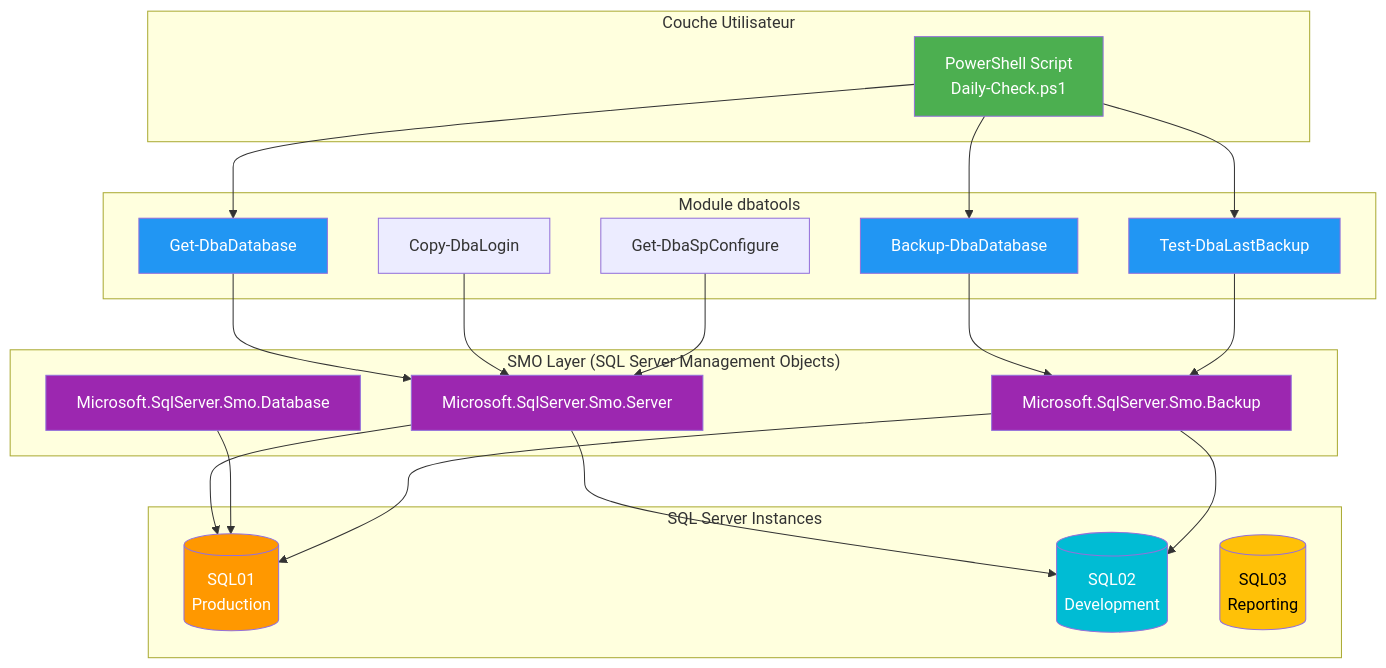
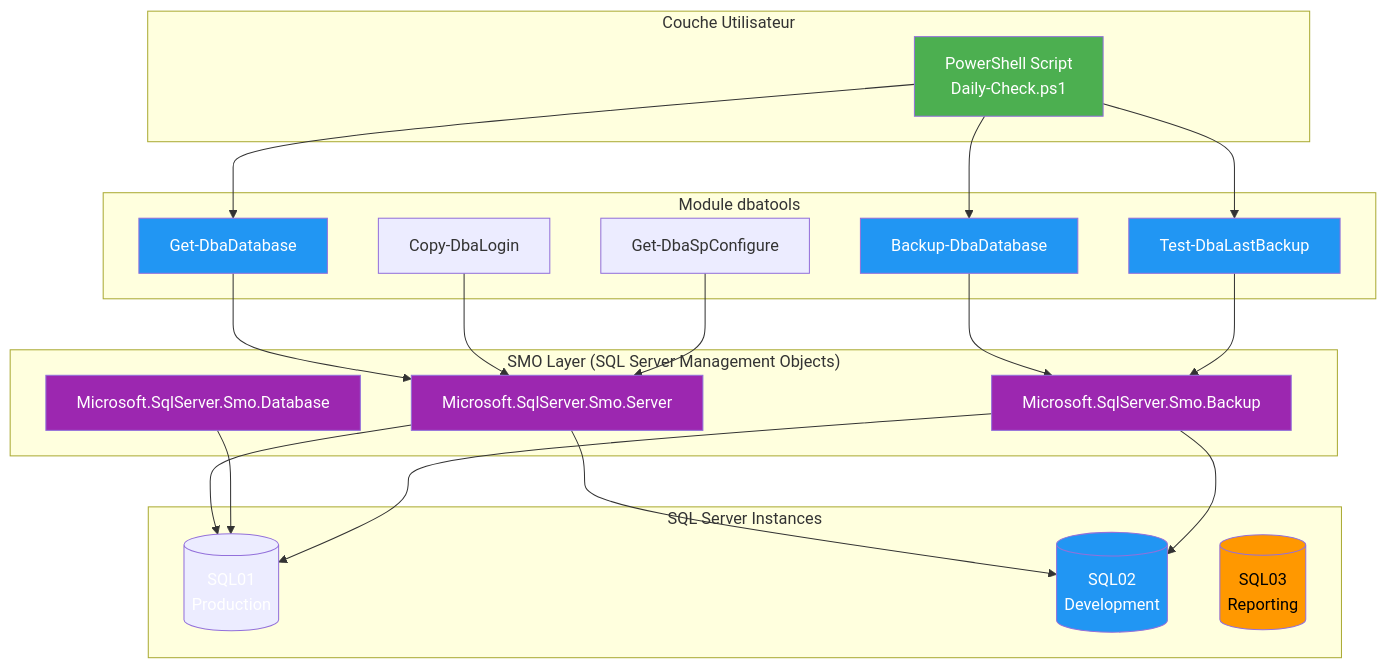
The diagram in docs/formations/sql-server/04-module.md (VBlackJack/ShellBook), drawn with Mermaid before and after one commit. The commit also changed other lines of this file and 337 other files, not shown here.

First line of the commit message:
refactor(docs): Standardize code blocks and Mermaid colors

````diff
--- a/docs/formations/sql-server/04-module.md
+++ b/docs/formations/sql-server/04-module.md
@@ -71,53 +71,53 @@
 ```mermaid
 graph TB
     subgraph "Couche Utilisateur"
         PS[PowerShell Script<br/>Daily-Check.ps1]
     end
 
     subgraph "Module dbatools"
         CMD1[Get-DbaDatabase]
         CMD2[Backup-DbaDatabase]
         CMD3[Test-DbaLastBackup]
         CMD4[Copy-DbaLogin]
         CMD5[Get-DbaSpConfigure]
     end
 
     subgraph "SMO Layer (SQL Server Management Objects)"
         SMO1[Microsoft.SqlServer.Smo.Server]
         SMO2[Microsoft.SqlServer.Smo.Database]
         SMO3[Microsoft.SqlServer.Smo.Backup]
     end
 
     subgraph "SQL Server Instances"
         SQL1[(SQL01<br/>Production)]
         SQL2[(SQL02<br/>Development)]
         SQL3[(SQL03<br/>Reporting)]
     end
 
     PS --> CMD1
     PS --> CMD2
     PS --> CMD3
 
     CMD1 --> SMO1
     CMD2 --> SMO3
     CMD3 --> SMO3
     CMD4 --> SMO1
     CMD5 --> SMO1
 
     SMO1 --> SQL1
     SMO1 --> SQL2
     SMO2 --> SQL1
     SMO3 --> SQL1
     SMO3 --> SQL2
 
     style PS fill:#4CAF50,color:#fff
     style CMD1 fill:#2196F3,color:#fff
     style CMD2 fill:#2196F3,color:#fff
     style CMD3 fill:#2196F3,color:#fff
     style SMO1 fill:#9C27B0,color:#fff
     style SMO2 fill:#9C27B0,color:#fff
     style SMO3 fill:#9C27B0,color:#fff
-    style SQL1 fill:#FF9800,color:#fff
-    style SQL2 fill:#00BCD4,color:#fff
-    style SQL3 fill:#FFC107,color:#000
+    style SQL1 fill:#FF9800800800,color:#fff
+    style SQL2 fill:#2196F3,color:#fff
+    style SQL3 fill:#FF9800,color:#000
 ```
````
